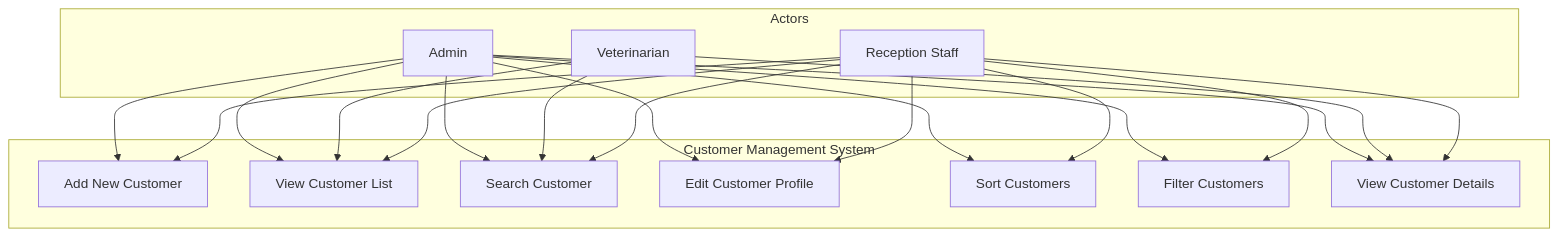
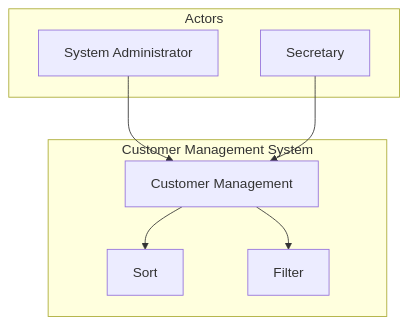
Before and after one commit to IBilba/Pet-a-Vet: the diagram in Use Cases/customer_management.md, drawn with Mermaid. The commit also changed 1 other file, not shown here.

Commit message:
An idea for the diagram

````diff
--- a/Use Cases/customer_management.md
+++ b/Use Cases/customer_management.md
@@ -1,46 +1,23 @@
 ```mermaid
 graph TB
     subgraph Actors
-        A1[Admin]
-        A2[Veterinarian]
-        A3[Reception Staff]
+        Admin[System Administrator]
+        Secretary[Secretary]
     end
 
     subgraph Customer Management System
-        UC1[Add New Customer]
-        UC2[View Customer List]
-        UC3[Search Customer]
-        UC4[Edit Customer Profile]
-        UC5[Sort Customers]
-        UC6[Filter Customers]
-        UC7[View Customer Details]
+        CM[Customer Management]
+        S[Sort]
+        F[Filter]
     end
 
-    A1 --> UC1
-    A1 --> UC2
-    A1 --> UC3
-    A1 --> UC4
-    A1 --> UC5
-    A1 --> UC6
-    A1 --> UC7
+    Admin --> CM
+    Secretary --> CM
 
-    A2 --> UC2
-    A2 --> UC3
-    A2 --> UC7
+    CM --> S
+    CM --> F
 
-    A3 --> UC1
-    A3 --> UC2
-    A3 --> UC3
-    A3 --> UC4
-    A3 --> UC5
-    A3 --> UC6
-    A3 --> UC7
-
-click UC1 call linkCallback("c:/Users/biovo/Desktop/GitHub Projects/Pet-a-Vet/Use Cases/Use-case-v0.1.tex#L28")
-click UC2 call linkCallback("c:/Users/biovo/Desktop/GitHub Projects/Pet-a-Vet/Use Cases/Use-case-v0.1.tex#L39")
-click UC3 call linkCallback("c:/Users/biovo/Desktop/GitHub Projects/Pet-a-Vet/Use Cases/Use-case-v0.1.tex#L55")
-click UC4 call linkCallback("c:/Users/biovo/Desktop/GitHub Projects/Pet-a-Vet/Use Cases/Use-case-v0.1.tex#L64")
-click UC5 call linkCallback("c:/Users/biovo/Desktop/GitHub Projects/Pet-a-Vet/Use Cases/Use-case-v0.1.tex#L73")
-click UC6 call linkCallback("c:/Users/biovo/Desktop/GitHub Projects/Pet-a-Vet/Use Cases/Use-case-v0.1.tex#L79")
-click UC7 call linkCallback("c:/Users/biovo/Desktop/GitHub Projects/Pet-a-Vet/Use Cases/Use-case-v0.1.tex#L107")
+    click CM call linkCallback("d:/Documents/GitHub/Pet-a-Vet/Use Cases/Use-case-v0.1.tex#L411")
+    click S call linkCallback("d:/Documents/GitHub/Pet-a-Vet/Use Cases/Use-case-v0.1.tex#L565")
+    click F call linkCallback("d:/Documents/GitHub/Pet-a-Vet/Use Cases/Use-case-v0.1.tex#L632")
 ```
````
